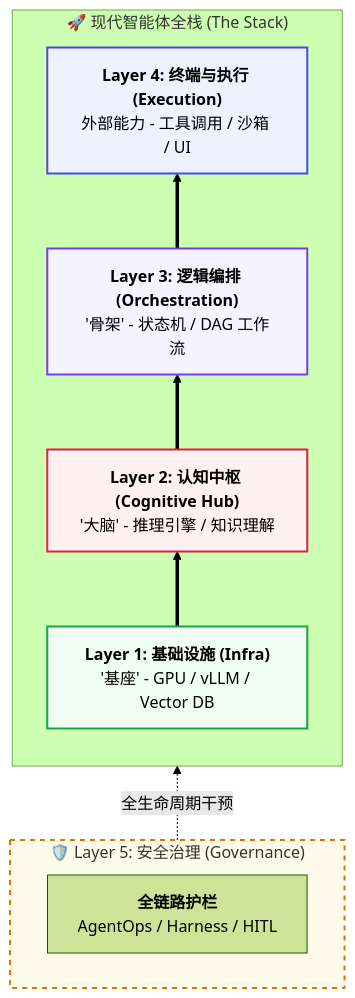
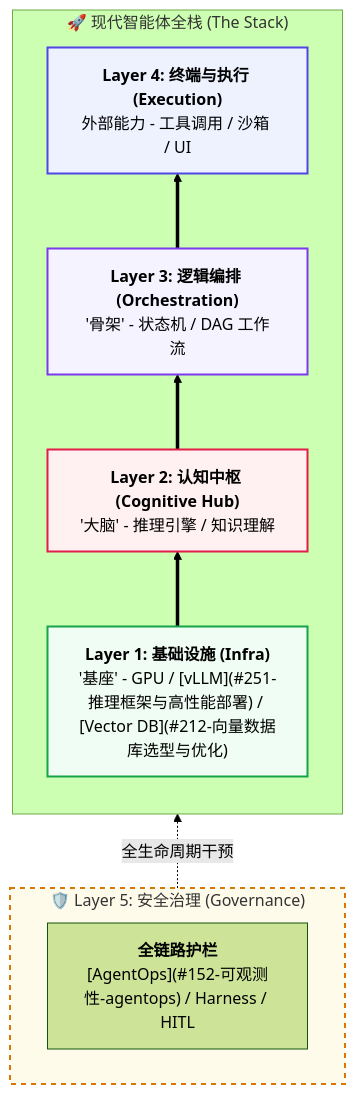
One commit to wangchong2023/ai-learning changed the third of 31 diagrams in doc/AI_Knowledge_Roadmap.md. Above: the diagram before and after it, drawn with Mermaid (forest theme). The commit also changed other lines of this file and 1 other file, not shown here.

Commit message:
feat: add document repair script and update AI knowledge roadmap documentation

````diff
--- a/doc/AI_Knowledge_Roadmap.md
+++ b/doc/AI_Knowledge_Roadmap.md
@@ -109,26 +151,26 @@
 ```mermaid
 graph BT
     subgraph Governance ["🛡️ Layer 5: 安全治理 (Governance)"]
         direction LR
-        Gov["<b>全链路护栏</b><br/>AgentOps / Harness / HITL"]
+        Gov["<b>全链路护栏</b><br/>[AgentOps](#152-可观测性-agentops) / Harness / HITL"]
     end
 
     subgraph TechStack ["🚀 现代智能体全栈 (The Stack)"]
         direction BT
         Execution["<b>Layer 4: 终端与执行 (Execution)</b><br/>外部能力 - 工具调用 / 沙箱 / UI"]
         Orchestration["<b>Layer 3: 逻辑编排 (Orchestration)</b><br/>'骨架' - 状态机 / DAG 工作流"]
         Cognitive["<b>Layer 2: 认知中枢 (Cognitive Hub)</b><br/>'大脑' - 推理引擎 / 知识理解"]
-        Infra["<b>Layer 1: 基础设施 (Infra)</b><br/>'基座' - GPU / vLLM / Vector DB"]
+        Infra["<b>Layer 1: 基础设施 (Infra)</b><br/>'基座' - GPU / [vLLM](#251-推理框架与高性能部署) / [Vector DB](#212-向量数据库选型与优化)"]
         
         Infra ==> Cognitive ==> Orchestration ==> Execution
     end
 
     Governance -. "全生命周期干预" .-> TechStack
 
     %% 样式美化
     style Execution fill:#eef2ff,stroke:#4f46e5,stroke-width:2px
     style Orchestration fill:#f5f3ff,stroke:#7c3aed,stroke-width:2px
     style Cognitive fill:#fff1f2,stroke:#e11d48,stroke-width:2px
     style Infra fill:#f0fdf4,stroke:#16a34a,stroke-width:2px
     style Governance fill:#fffbeb,stroke:#d97706,stroke-width:2px,stroke-dasharray: 5 5
 ```
````
